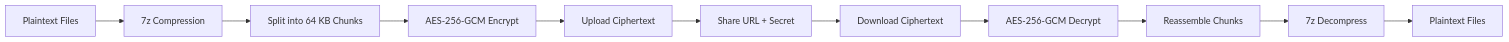
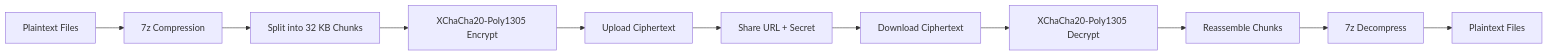
Before and after one commit to chithi-dev/chithi: the first of 33 diagrams in apps/docs/crypto-architecture.md, drawn with Mermaid. The commit also changed other lines of this file, not shown here.

First line of the commit message:
docs: update crypto-architecture.md for XChaCha20-Poly1305 migration

````diff
--- a/apps/docs/crypto-architecture.md
+++ b/apps/docs/crypto-architecture.md
@@ -14,13 +14,13 @@
 ```mermaid
 graph LR
     A[Plaintext Files] --> B[7z Compression]
-    B --> C[Split into 64 KB Chunks]
-    C --> D[AES-256-GCM Encrypt]
+    B --> C[Split into 32 KB Chunks]
+    C --> D[XChaCha20-Poly1305 Encrypt]
     D --> E[Upload Ciphertext]
     E --> F[Share URL + Secret]
     F --> G[Download Ciphertext]
-    G --> H[AES-256-GCM Decrypt]
+    G --> H[XChaCha20-Poly1305 Decrypt]
     H --> I[Reassemble Chunks]
     I --> J[7z Decompress]
     J --> K[Plaintext Files]
 ```
````
